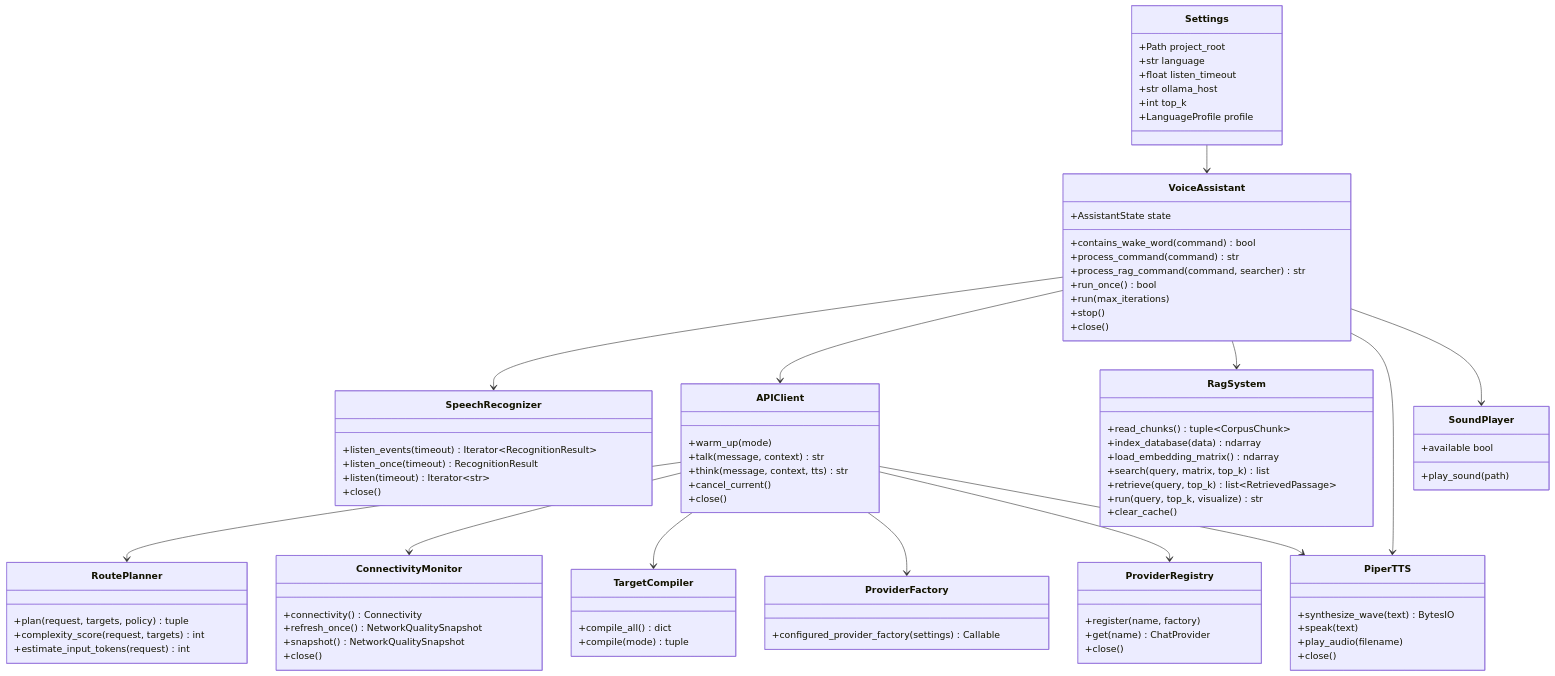
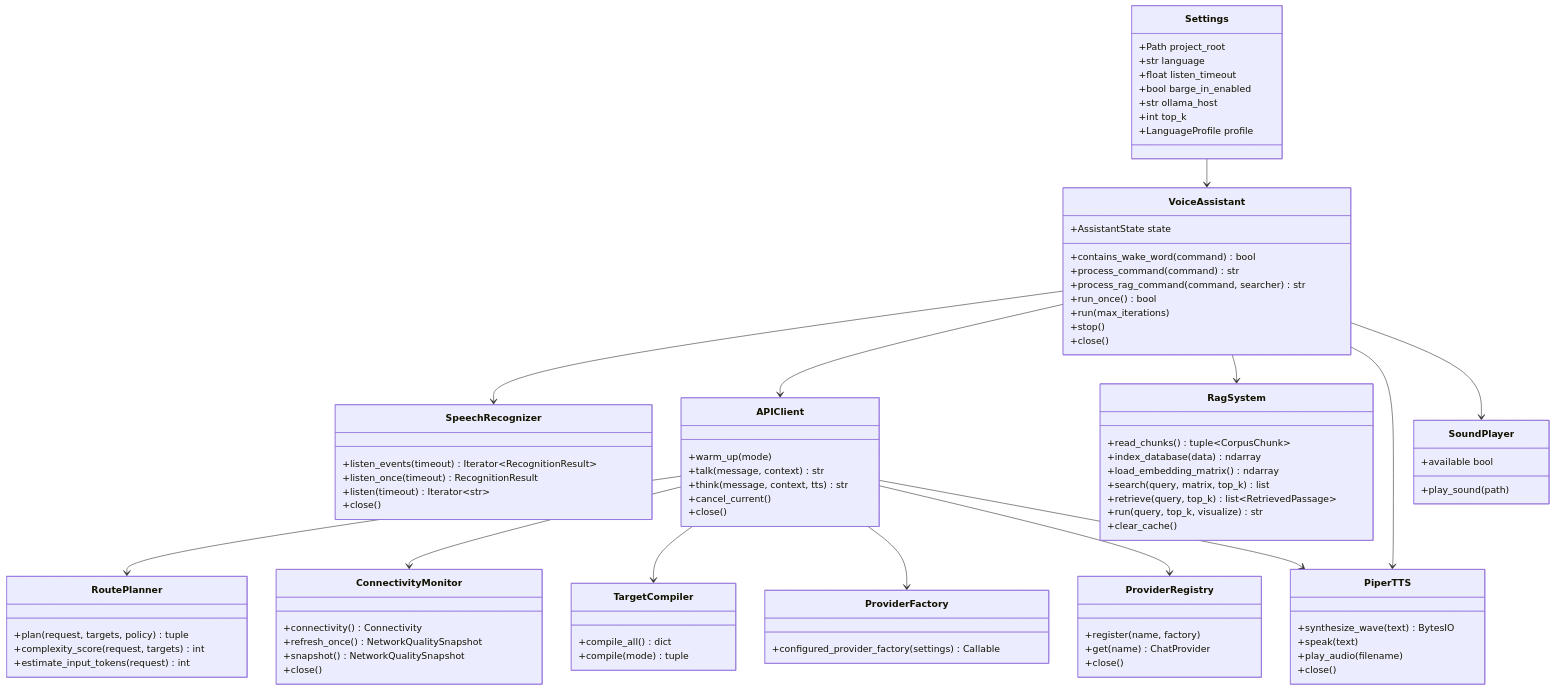
The second of 7 diagrams in README.md (PierpaoloGonnella/helios-ai-jetson-framework), drawn with Mermaid before and after one commit. The commit also changed other lines of this file and 13 other files, not shown here.

```diff
--- a/README.md
+++ b/README.md
@@ -204,6 +209,7 @@
         +Path project_root
         +str language
         +float listen_timeout
+        +bool barge_in_enabled
         +str ollama_host
         +int top_k
         +LanguageProfile profile
```
